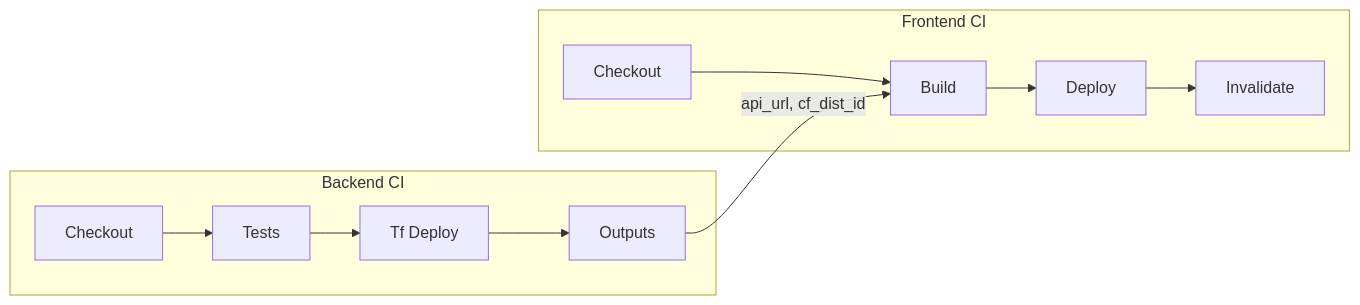
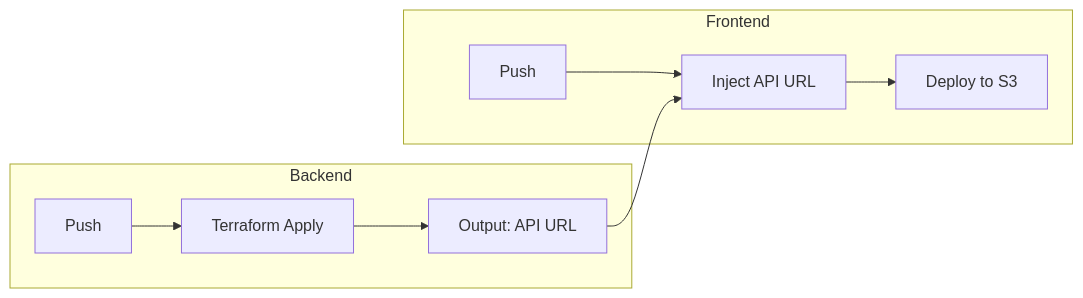
The fifth of 6 diagrams in README.md (hybridmulticloud/resume-api-frontend), drawn with Mermaid before and after one commit. The commit also changed other lines of this file, not shown here.

````diff
--- a/README.md
+++ b/README.md
@@ -144,14 +167,14 @@
 ```mermaid
 flowchart LR
-  subgraph Backend CI
-    B1[Checkout] --> B2[Tests]
-    B2 --> B3[Tf Deploy]
-    B3 --> B4[Outputs]
+  subgraph Backend
+    B1[Push] --> B2[Terraform Apply]
+    B2 --> B3[Output: API URL]
   end
-  subgraph Frontend CI
-    F1[Checkout] --> F2[Build]
-    F2 --> F3[Deploy]
-    F3 --> F4[Invalidate]
+
+  subgraph Frontend
+    F1[Push] --> F2[Inject API URL]
+    F2 --> F3[Deploy to S3]
   end
-  B4 -->|api_url, cf_dist_id| F2
+
+  B3 --> F2
 ```
````
